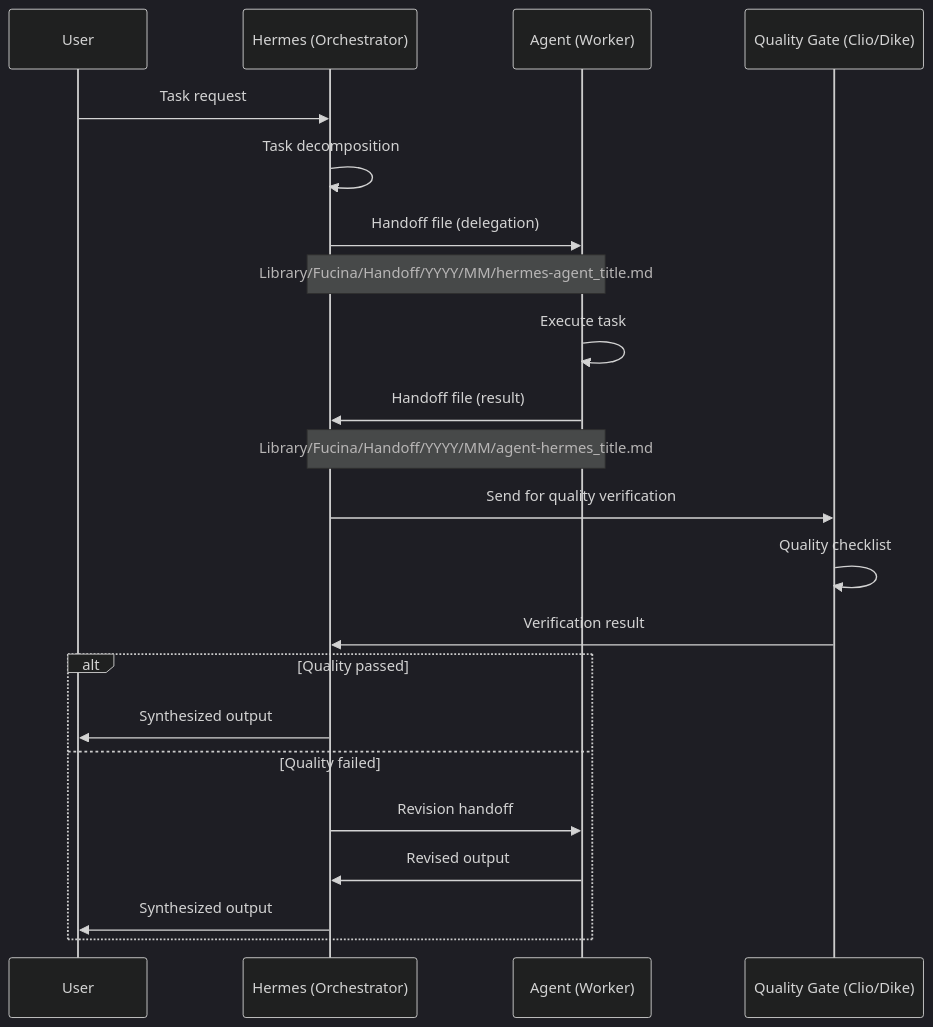
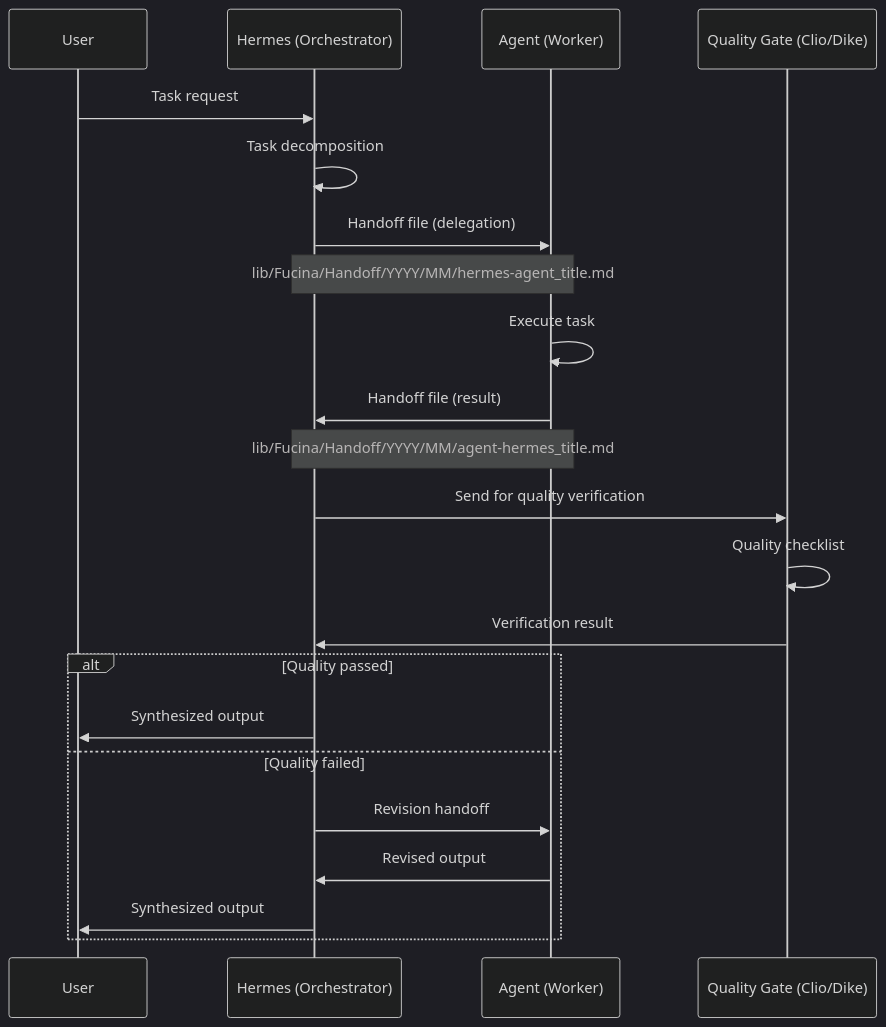
The second of 4 diagrams in paper/whitepaper-it.md (RangO1972/TeamOlimpo), drawn with Mermaid (dark theme) before and after one commit. The commit also changed other lines of this file and 348 other files, not shown here.

````diff
--- a/paper/whitepaper-it.md
+++ b/paper/whitepaper-it.md
@@ -203,28 +203,28 @@
 ```mermaid
 sequenceDiagram
     participant U as User
     participant H as Hermes (Orchestrator)
     participant A as Agent (Worker)
     participant Q as Quality Gate (Clio/Dike)
     
     U->>H: Task request
     H->>H: Task decomposition
     H->>A: Handoff file (delegation)
-    Note over H,A: Library/Fucina/Handoff/YYYY/MM/hermes-agent_title.md
+    Note over H,A: lib/Fucina/Handoff/YYYY/MM/hermes-agent_title.md
     
     A->>A: Execute task
     A->>H: Handoff file (result)
-    Note over A,H: Library/Fucina/Handoff/YYYY/MM/agent-hermes_title.md
+    Note over A,H: lib/Fucina/Handoff/YYYY/MM/agent-hermes_title.md
     
     H->>Q: Send for quality verification
     Q->>Q: Quality checklist
     Q->>H: Verification result
     
     alt Quality passed
         H->>U: Synthesized output
     else Quality failed
         H->>A: Revision handoff
         A->>H: Revised output
         H->>U: Synthesized output
     end
 ```
````
